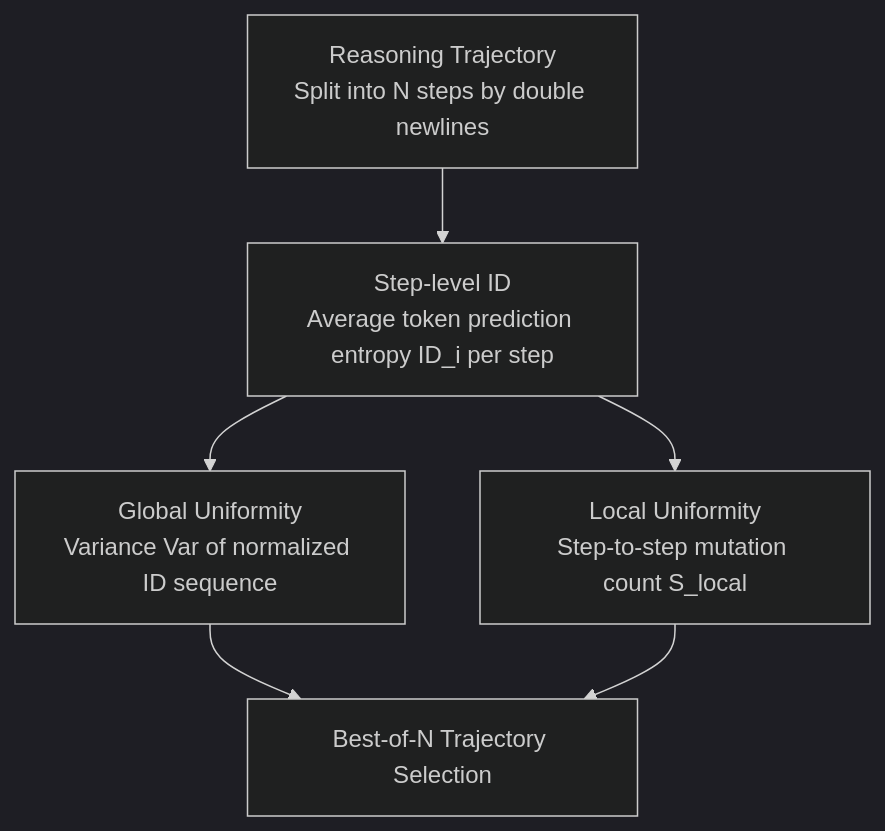
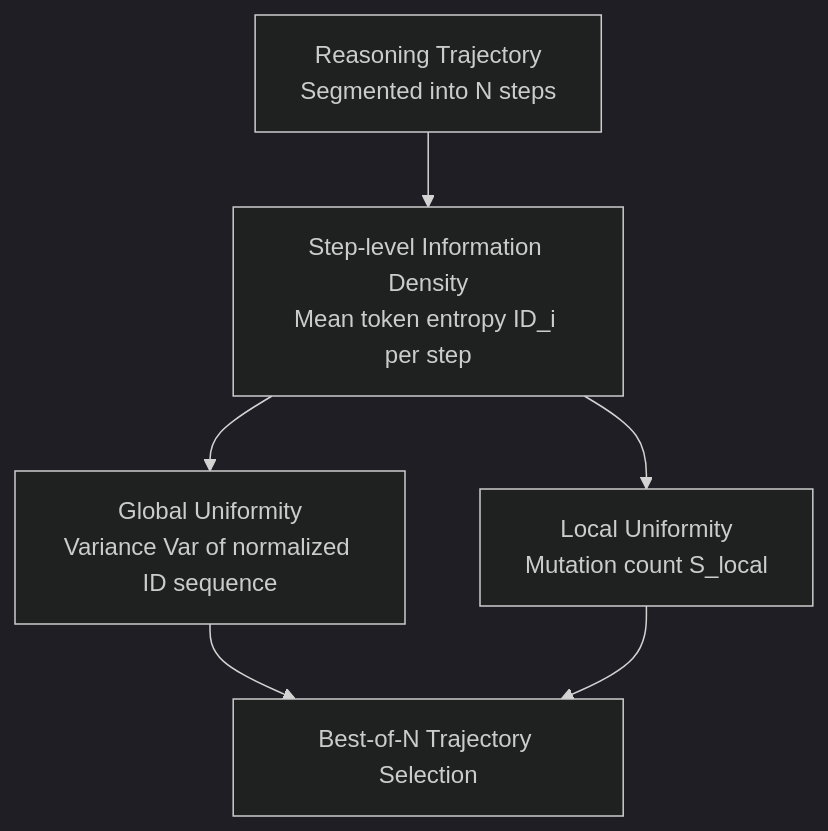
The diagram in docs/ACL2026/llm_reasoning/revisiting_the_uniform_information_density_hypothesis_in_llm_reasoning.md (zhaoyang97/Paper-Notes-en), drawn with Mermaid (dark theme) before and after one commit. The commit also changed other lines of this file and 5084 other files, not shown here.

````diff
--- a/docs/ACL2026/llm_reasoning/revisiting_the_uniform_information_density_hypothesis_in_llm_reasoning.md
+++ b/docs/ACL2026/llm_reasoning/revisiting_the_uniform_information_density_hypothesis_in_llm_reasoning.md
@@ -45,8 +45,8 @@
 ```mermaid
-flowchart TD
-    A["Reasoning Trajectory<br/>Split into N steps by double newlines"] --> B["Step-level ID<br/>Average token prediction entropy ID_i per step"]
+graph TD
+    A["Reasoning Trajectory<br/>Segmented into N steps"] --> B["Step-level Information Density<br/>Mean token entropy ID_i per step"]
     B --> C["Global Uniformity<br/>Variance Var of normalized ID sequence"]
-    B --> D["Local Uniformity<br/>Step-to-step mutation count S_local"]
+    B --> D["Local Uniformity<br/>Mutation count S_local"]
     C --> E["Best-of-N Trajectory Selection"]
     D --> E
 ```
````
